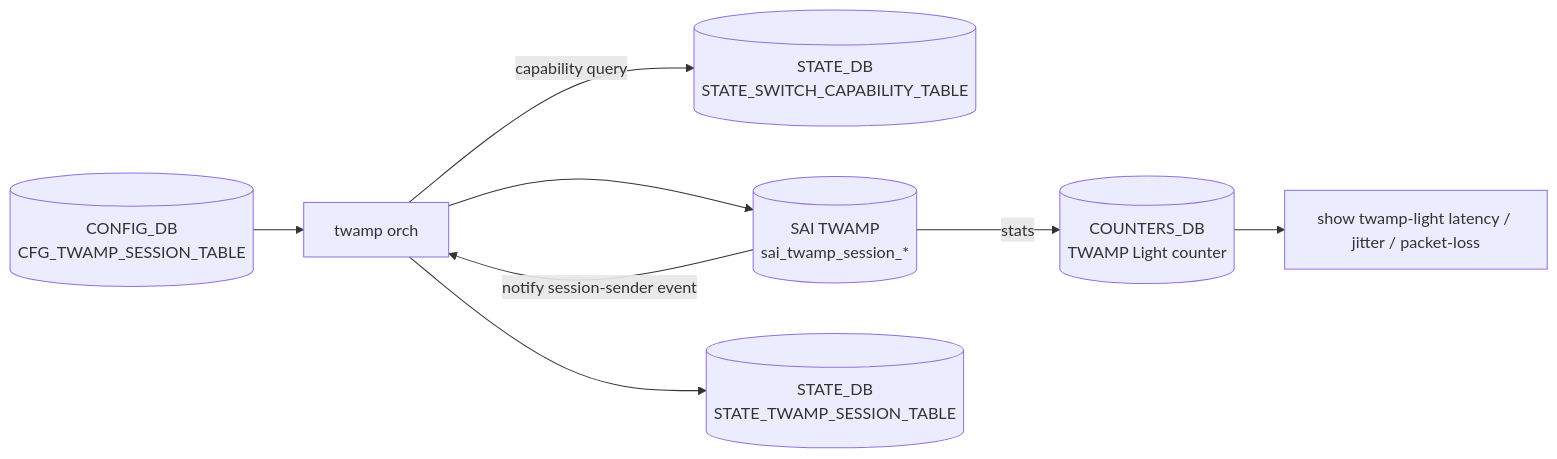
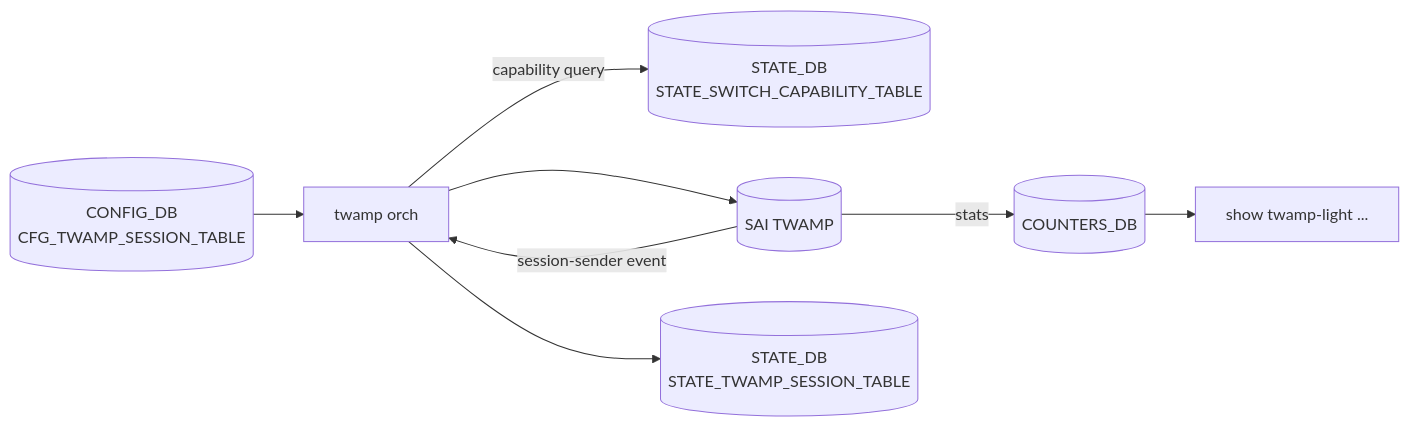
Before and after one commit to aoki-taquan/sonic-unofficial-docs: the diagram in docs/system/twamp-light-hld.md, drawn with Mermaid. The commit also changed other lines of this file and 7 other files, not shown here.

````diff
--- a/docs/system/twamp-light-hld.md
+++ b/docs/system/twamp-light-hld.md
@@ -49,10 +45,10 @@
 ```mermaid
 flowchart LR
     USER[(CONFIG_DB\nCFG_TWAMP_SESSION_TABLE)] --> ORCH[twamp orch]
     ORCH -->|capability query| STATE[(STATE_DB\nSTATE_SWITCH_CAPABILITY_TABLE)]
-    ORCH --> SAI[(SAI TWAMP\nsai_twamp_session_*)]
-    SAI -->|stats| CDB[(COUNTERS_DB\nTWAMP Light counter)]
-    SAI -->|notify session-sender event| ORCH
+    ORCH --> SAI[(SAI TWAMP)]
+    SAI -->|stats| CDB[(COUNTERS_DB)]
+    SAI -->|session-sender event| ORCH
     ORCH --> STATE2[(STATE_DB\nSTATE_TWAMP_SESSION_TABLE)]
-    CDB --> CLI[show twamp-light latency / jitter / packet-loss]
+    CDB --> CLI[show twamp-light ...]
 ```
````
